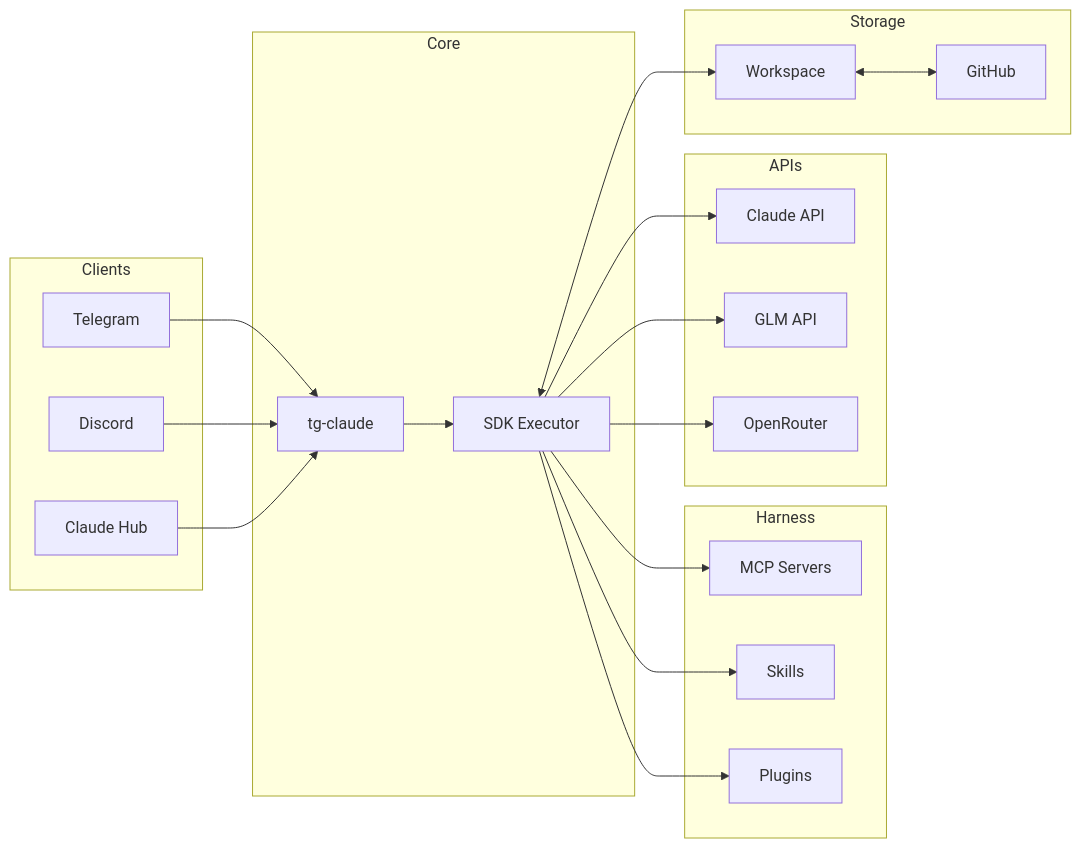
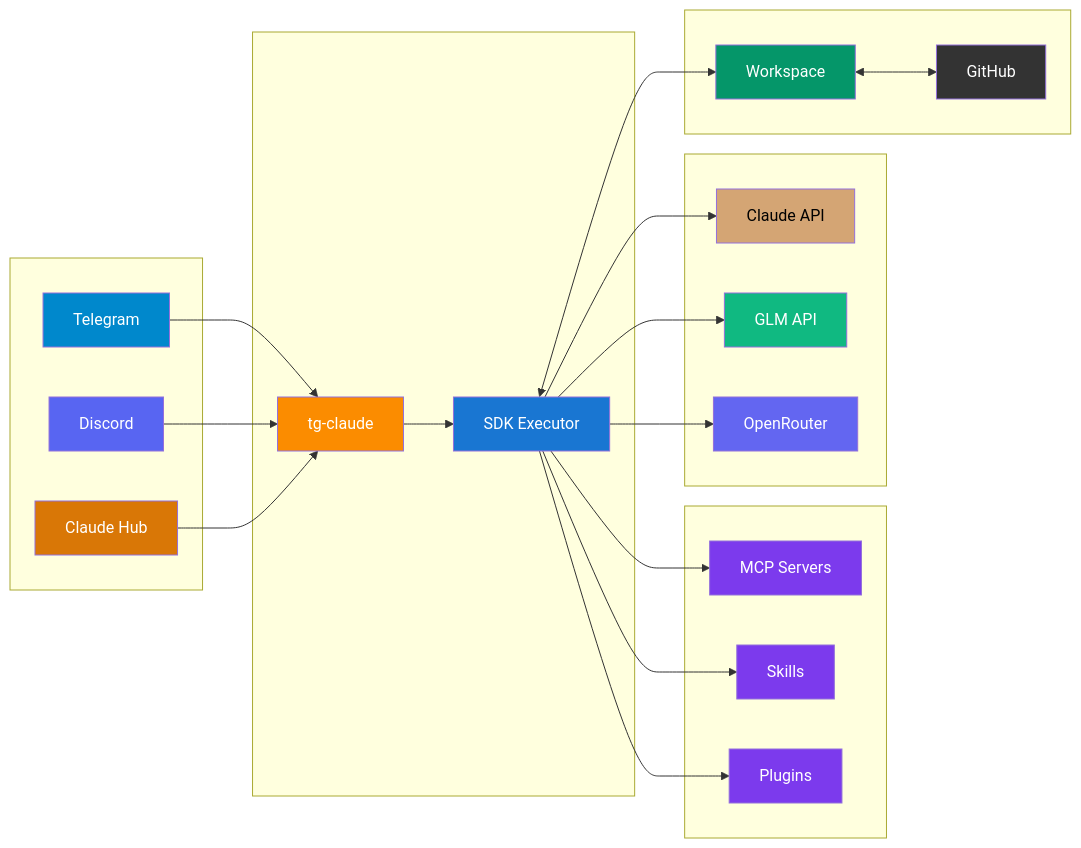
The diagram in README.md (guzus/tg-claude), drawn with Mermaid before and after one commit. The commit also changed other lines of this file, not shown here.

First line of the commit message:
docs: add colors to diagram, remove CLI references

````diff
--- a/README.md
+++ b/README.md
@@ -25,37 +25,51 @@
 ```mermaid
 flowchart LR
-    subgraph Clients
+    subgraph Clients[" "]
         TG[Telegram]
         DC[Discord]
         Hub[Claude Hub]
     end
 
-    subgraph Core
+    subgraph Core[" "]
         Bot[tg-claude]
         SDK[SDK Executor]
     end
 
-    subgraph Harness
+    subgraph Harness[" "]
         MCP[MCP Servers]
         Skills[Skills]
         Plugins[Plugins]
     end
 
-    subgraph APIs
+    subgraph APIs[" "]
         Claude[Claude API]
         GLM[GLM API]
         OR[OpenRouter]
     end
 
-    subgraph Storage
+    subgraph Storage[" "]
         WS[Workspace]
         GH[GitHub]
     end
 
     TG & DC & Hub --> Bot
     Bot --> SDK
     SDK --> MCP & Skills & Plugins
     SDK --> Claude & GLM & OR
     SDK <--> WS
     WS <--> GH
+
+    style TG fill:#0088cc,color:#fff
+    style DC fill:#5865F2,color:#fff
+    style Hub fill:#D97706,color:#fff
+    style Bot fill:#FB8C00,color:#fff
+    style SDK fill:#1976D2,color:#fff
+    style MCP fill:#7C3AED,color:#fff
+    style Skills fill:#7C3AED,color:#fff
+    style Plugins fill:#7C3AED,color:#fff
+    style Claude fill:#D4A574,color:#000
+    style GLM fill:#10B981,color:#fff
+    style OR fill:#6366F1,color:#fff
+    style WS fill:#059669,color:#fff
+    style GH fill:#333,color:#fff
 ```
````
